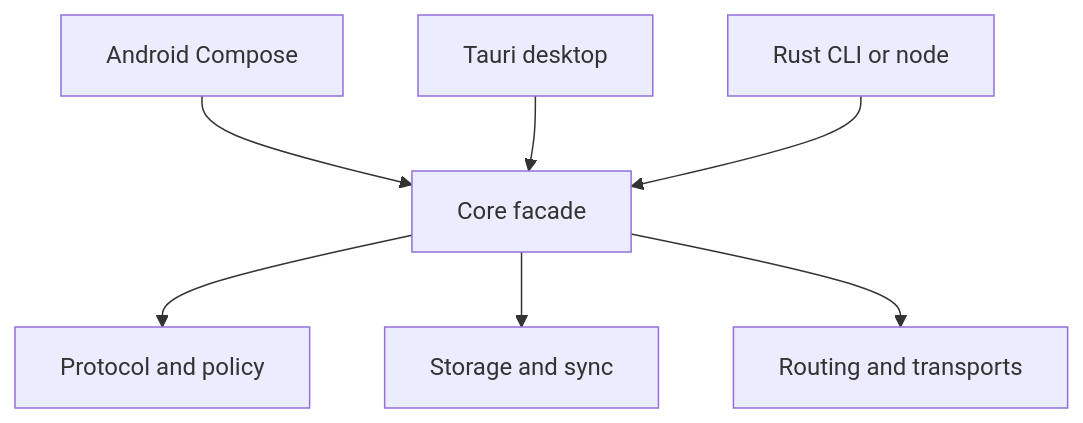
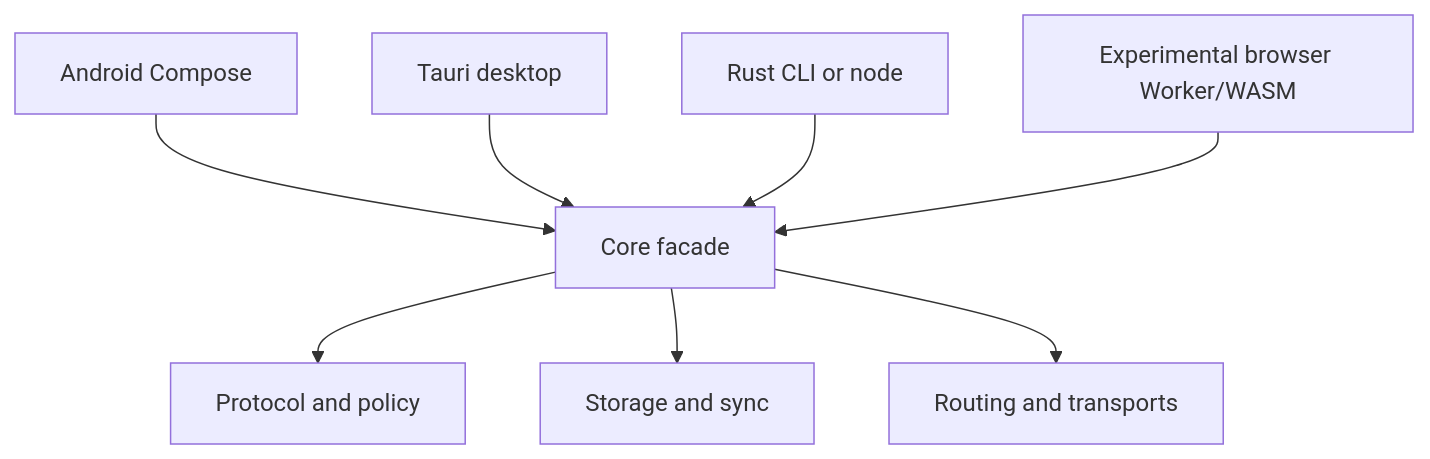
Before and after one commit to Astraive/lattice: the second of 6 diagrams in docs/architecture.md, drawn with Mermaid. The commit also changed other lines of this file and 147 other files, not shown here.

````diff
--- a/docs/architecture.md
+++ b/docs/architecture.md
@@ -83,9 +83,10 @@
 ```mermaid
 flowchart TB
     A["Android Compose"] --> F["Core facade"]
     D["Tauri desktop"] --> F
     C["Rust CLI or node"] --> F
+    W["Experimental browser Worker/WASM"] --> F
     F --> P["Protocol and policy"]
     F --> S["Storage and sync"]
     F --> R["Routing and transports"]
 ```
````
